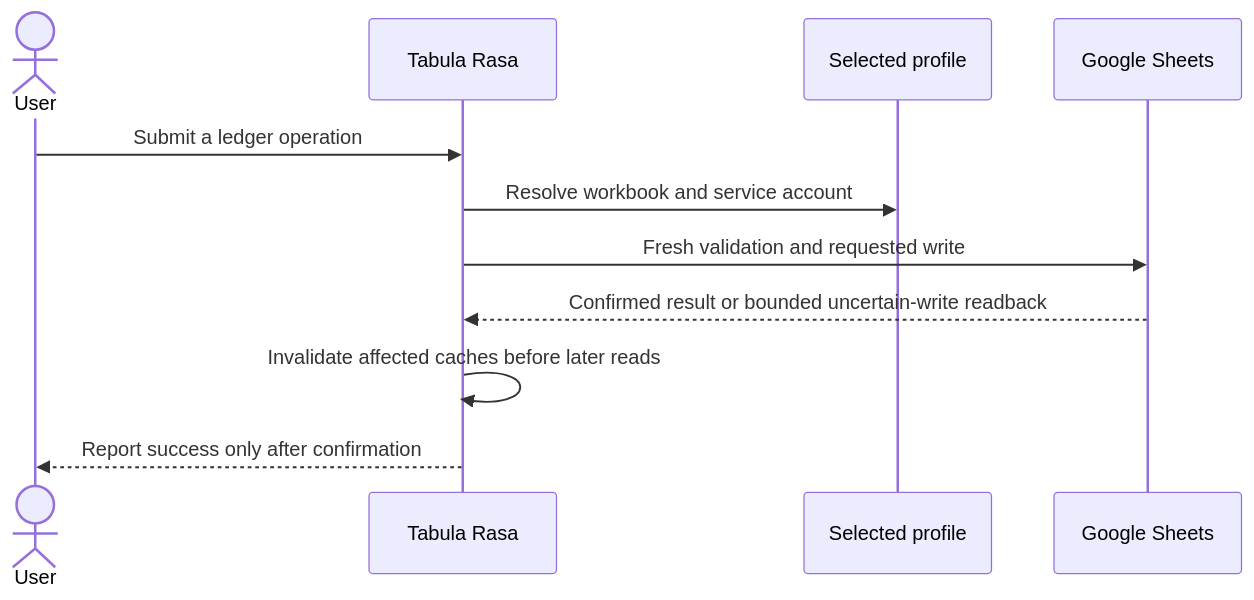
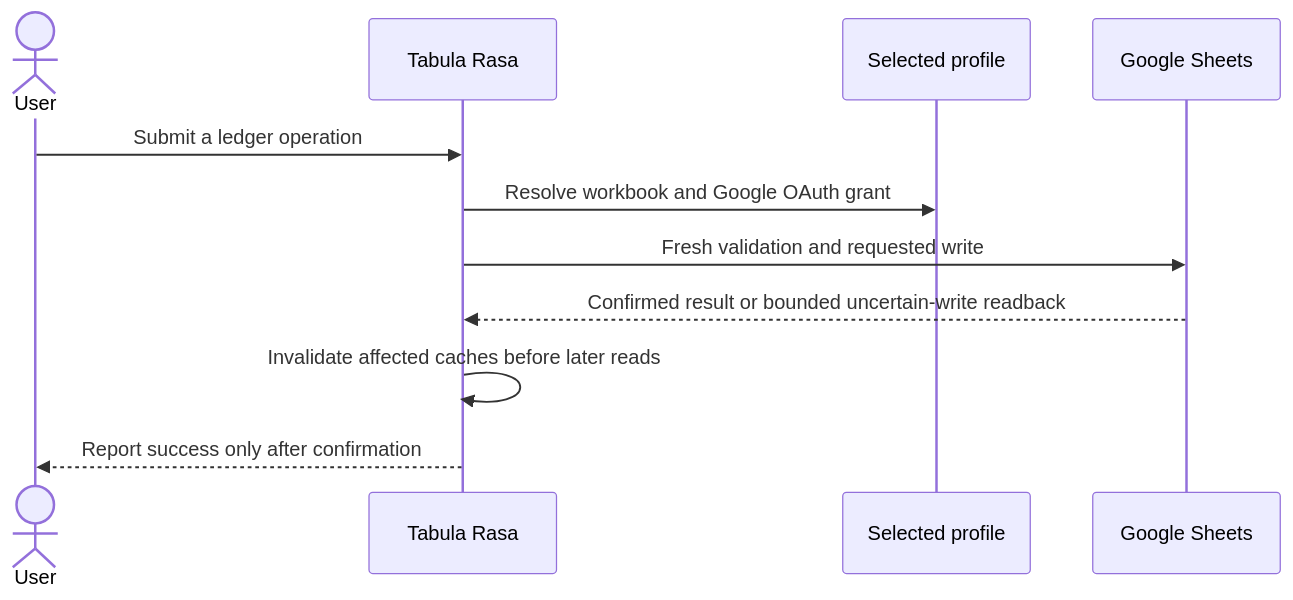
One commit to Roklion/Project_Tabula_Rasa changed the second of 3 diagrams in docs/ARCHITECTURE.md. Above: the diagram before and after it, drawn with Mermaid. The commit also changed other lines of this file and 48 other files, not shown here.

First line of the commit message:
Migrate profile Sheets authentication to OAuth and provision initial ledgers

````diff
--- a/docs/ARCHITECTURE.md
+++ b/docs/ARCHITECTURE.md
@@ -120,14 +124,14 @@
 ```mermaid
 sequenceDiagram
     actor User
     participant App as Tabula Rasa
     participant Profile as Selected profile
     participant Sheets as Google Sheets
 
     User->>App: Submit a ledger operation
-    App->>Profile: Resolve workbook and service account
+    App->>Profile: Resolve workbook and Google OAuth grant
     App->>Sheets: Fresh validation and requested write
     Sheets-->>App: Confirmed result or bounded uncertain-write readback
     App->>App: Invalidate affected caches before later reads
     App-->>User: Report success only after confirmation
 ```
````
